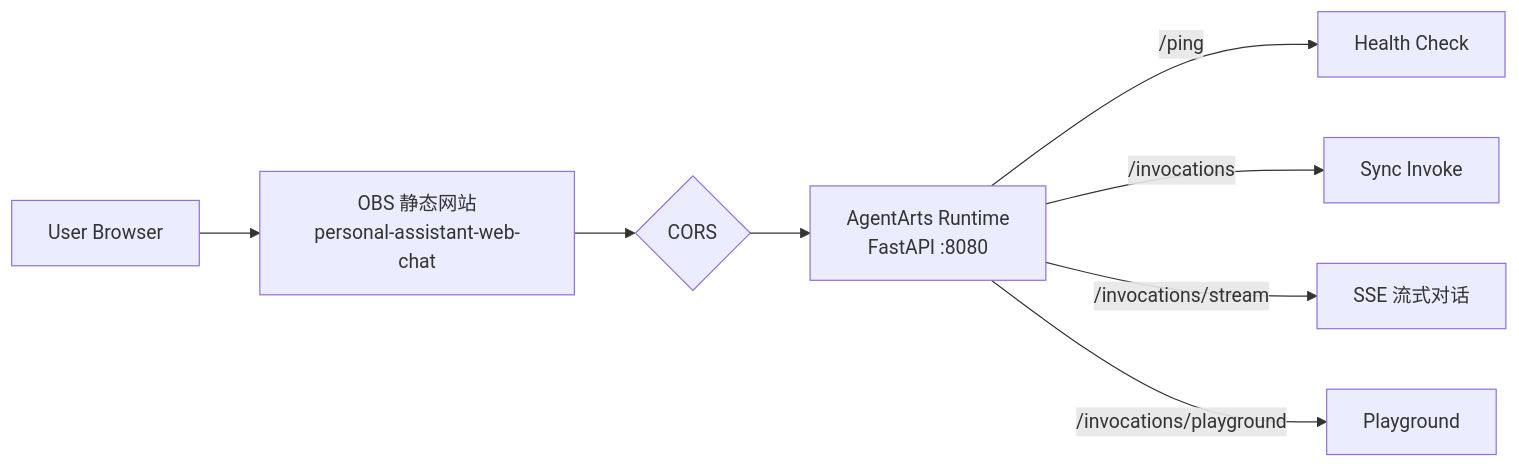
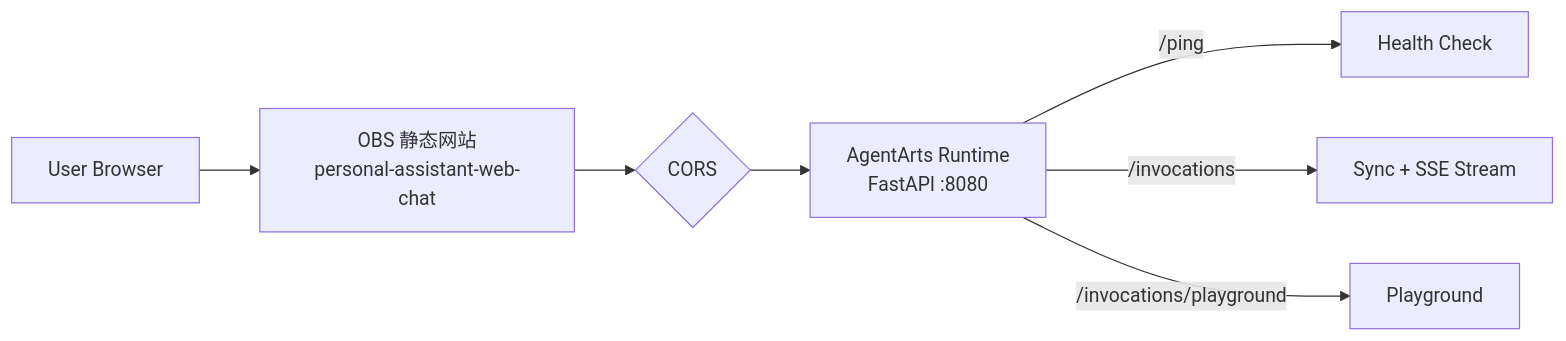
Before and after one commit to T-1009/personal-assistant: the diagram in README.md, drawn with Mermaid. The commit also changed other lines of this file and 9 other files, not shown here.

````diff
--- a/README.md
+++ b/README.md
@@ -26,10 +26,9 @@
 ```mermaid
 flowchart LR
     Browser[User Browser] --> OBS[OBS 静态网站<br/>personal-assistant-web-chat]
     OBS --> CORS{CORS}
     CORS --> Runtime[AgentArts Runtime<br/>FastAPI :8080]
     Runtime -->|/ping| Ping[Health Check]
-    Runtime -->|/invocations| Inv[Sync Invoke]
-    Runtime -->|/invocations/stream| SSE[SSE 流式对话]
+    Runtime -->|/invocations| Inv[Sync + SSE Stream]
     Runtime -->|/invocations/playground| PG[Playground]
 ```
````
